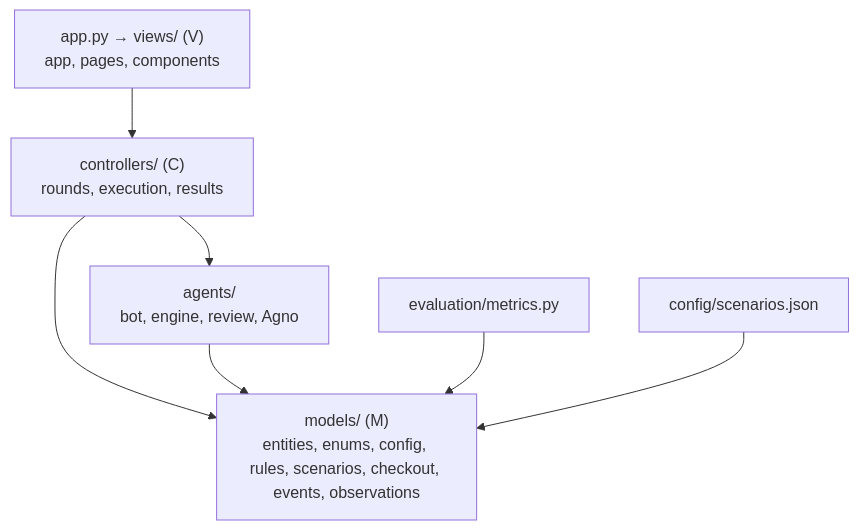
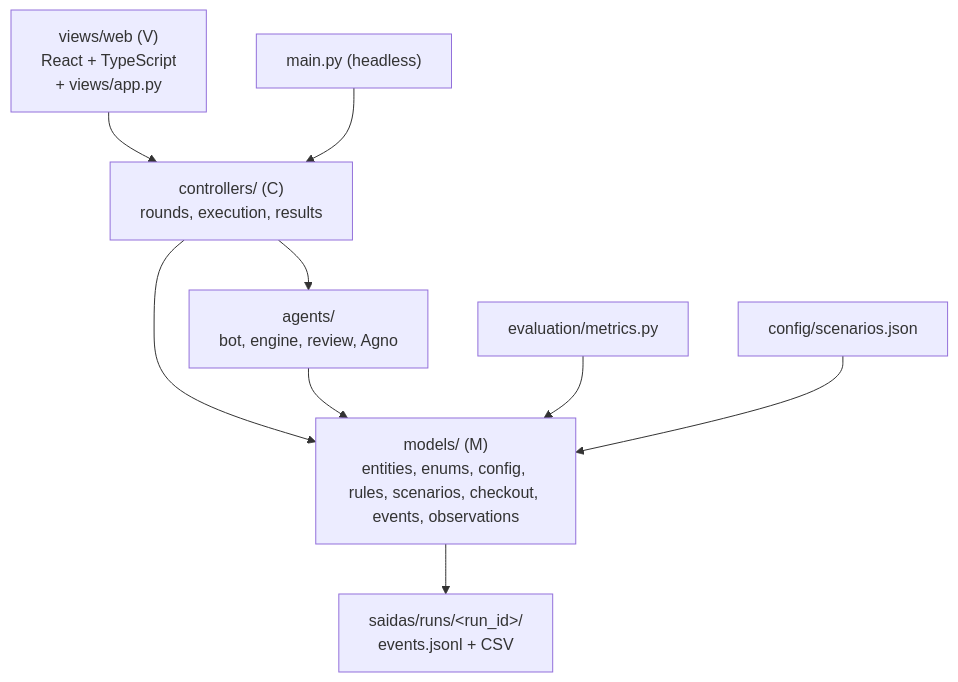
The diagram in trabalho-2/docs/adr/ADRs.md (ariessa-velasques/trabalho-adversarial), drawn with Mermaid before and after one commit. The commit also changed other lines of this file and 61 other files, not shown here.

````diff
--- a/trabalho-2/docs/adr/ADRs.md
+++ b/trabalho-2/docs/adr/ADRs.md
@@ -18,9 +21,11 @@
 ```mermaid
 graph TD
-    UI["app.py → views/ (V)<br/>app, pages, components"] --> C["controllers/ (C)<br/>rounds, execution, results"]
+    UI["views/web (V)<br/>React + TypeScript<br/>+ views/app.py"] --> C["controllers/ (C)<br/>rounds, execution, results"]
+    CLI["main.py (headless)"] --> C
     C --> M["models/ (M)<br/>entities, enums, config, rules, scenarios, checkout, events, observations"]
     C --> AG["agents/<br/>bot, engine, review, Agno"]
     AG --> M
     AV["evaluation/metrics.py"] --> M
     CFG["config/scenarios.json"] --> M
+    M --> OUT["saidas/runs/&lt;run_id&gt;/<br/>events.jsonl + CSV"]
 ```
````
